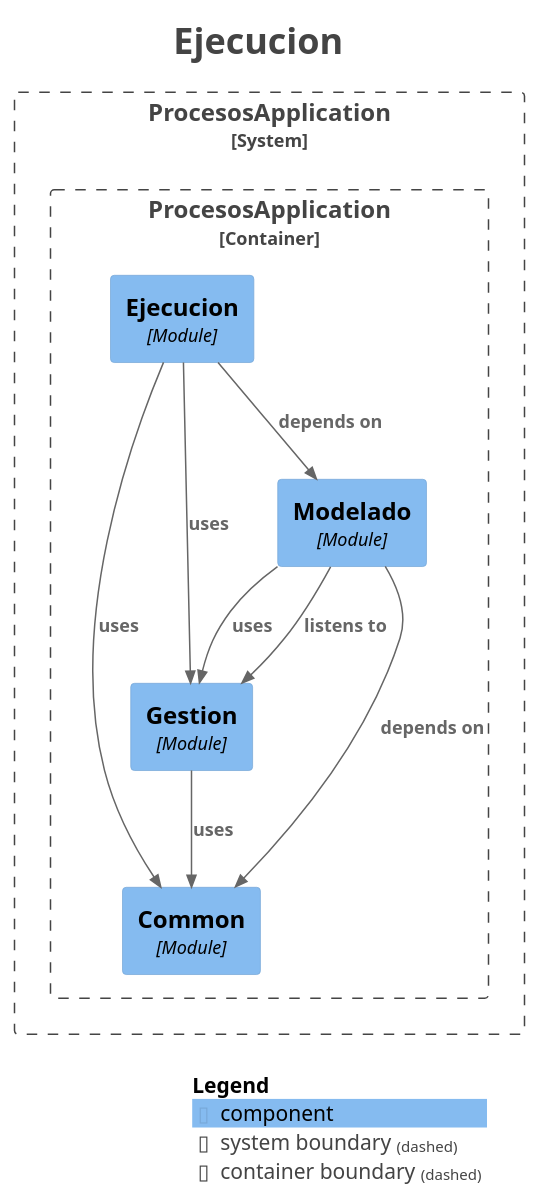
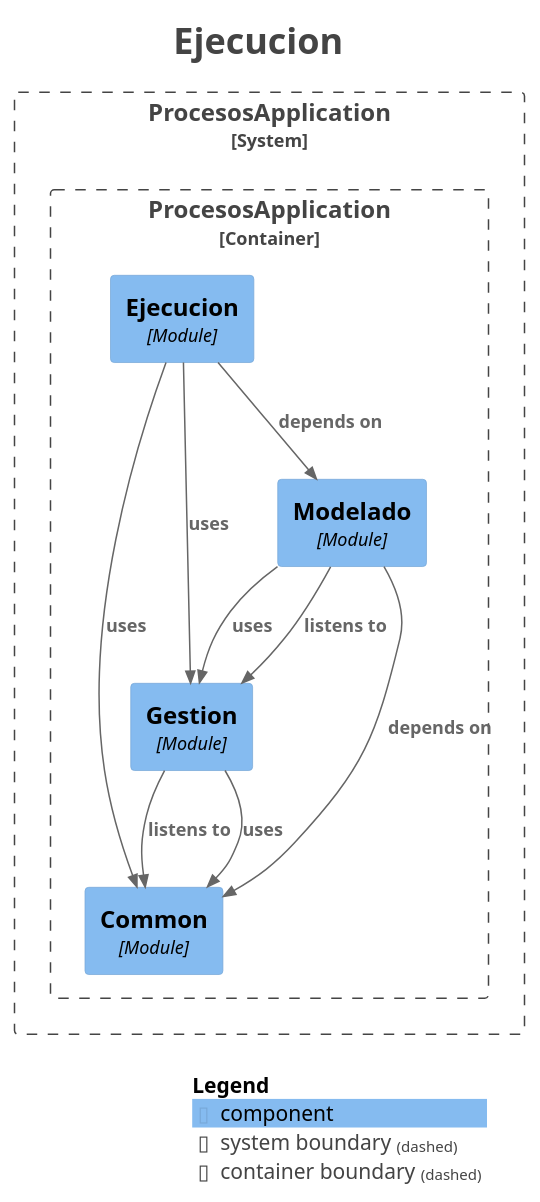
The diagram in docs/modules/module-ejecucion.puml (AndresContreras1/bpmn-process-manager-api), drawn with PlantUML before and after one commit. The commit also changed 36 other files, not shown here.

```diff
--- a/docs/modules/module-ejecucion.puml
+++ b/docs/modules/module-ejecucion.puml
@@ -1,38 +1,39 @@
 @startuml
 title <size:24>Ejecucion</size>
 
 set separator none
 top to bottom direction
 
 <style>
   root {
     BackgroundColor: #ffffff
     FontColor: #444444
   }
 </style>
 
 !include <C4/C4>
 !include <C4/C4_Context>
 !include <C4/C4_Component>
 
 System_Boundary("ProcesosApplication_boundary", "ProcesosApplication", $tags="") {
   Container_Boundary("ProcesosApplication.ProcesosApplication_boundary", "ProcesosApplication", $tags="") {
     Component(ProcesosApplication.ProcesosApplication.Common, "Common", $techn="Module", $descr="", $tags="", $link="")
     Component(ProcesosApplication.ProcesosApplication.Gestion, "Gestion", $techn="Module", $descr="", $tags="", $link="")
     Component(ProcesosApplication.ProcesosApplication.Modelado, "Modelado", $techn="Module", $descr="", $tags="", $link="")
     Component(ProcesosApplication.ProcesosApplication.Ejecucion, "Ejecucion", $techn="Module", $descr="", $tags="", $link="")
   }
 
 }
 
+Rel(ProcesosApplication.ProcesosApplication.Ejecucion, ProcesosApplication.ProcesosApplication.Modelado, "depends on", $techn="", $tags="", $link="")
+Rel(ProcesosApplication.ProcesosApplication.Ejecucion, ProcesosApplication.ProcesosApplication.Common, "uses", $techn="", $tags="", $link="")
+Rel(ProcesosApplication.ProcesosApplication.Ejecucion, ProcesosApplication.ProcesosApplication.Gestion, "uses", $techn="", $tags="", $link="")
+Rel(ProcesosApplication.ProcesosApplication.Gestion, ProcesosApplication.ProcesosApplication.Common, "listens to", $techn="", $tags="", $link="")
+Rel(ProcesosApplication.ProcesosApplication.Gestion, ProcesosApplication.ProcesosApplication.Common, "uses", $techn="", $tags="", $link="")
 Rel(ProcesosApplication.ProcesosApplication.Modelado, ProcesosApplication.ProcesosApplication.Gestion, "listens to", $techn="", $tags="", $link="")
 Rel(ProcesosApplication.ProcesosApplication.Modelado, ProcesosApplication.ProcesosApplication.Common, "depends on", $techn="", $tags="", $link="")
 Rel(ProcesosApplication.ProcesosApplication.Modelado, ProcesosApplication.ProcesosApplication.Gestion, "uses", $techn="", $tags="", $link="")
-Rel(ProcesosApplication.ProcesosApplication.Gestion, ProcesosApplication.ProcesosApplication.Common, "uses", $techn="", $tags="", $link="")
-Rel(ProcesosApplication.ProcesosApplication.Ejecucion, ProcesosApplication.ProcesosApplication.Modelado, "depends on", $techn="", $tags="", $link="")
-Rel(ProcesosApplication.ProcesosApplication.Ejecucion, ProcesosApplication.ProcesosApplication.Common, "uses", $techn="", $tags="", $link="")
-Rel(ProcesosApplication.ProcesosApplication.Ejecucion, ProcesosApplication.ProcesosApplication.Gestion, "uses", $techn="", $tags="", $link="")
 
 SHOW_LEGEND(true)
 hide stereotypes
 @enduml
```
